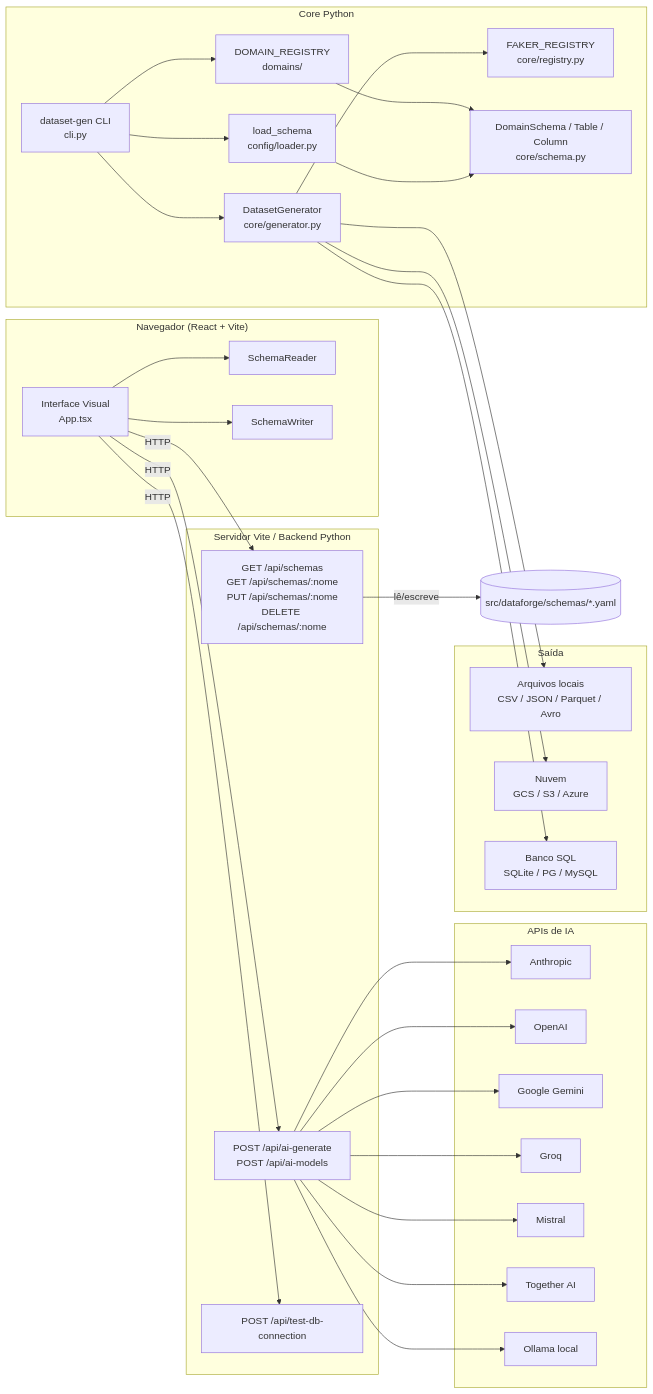
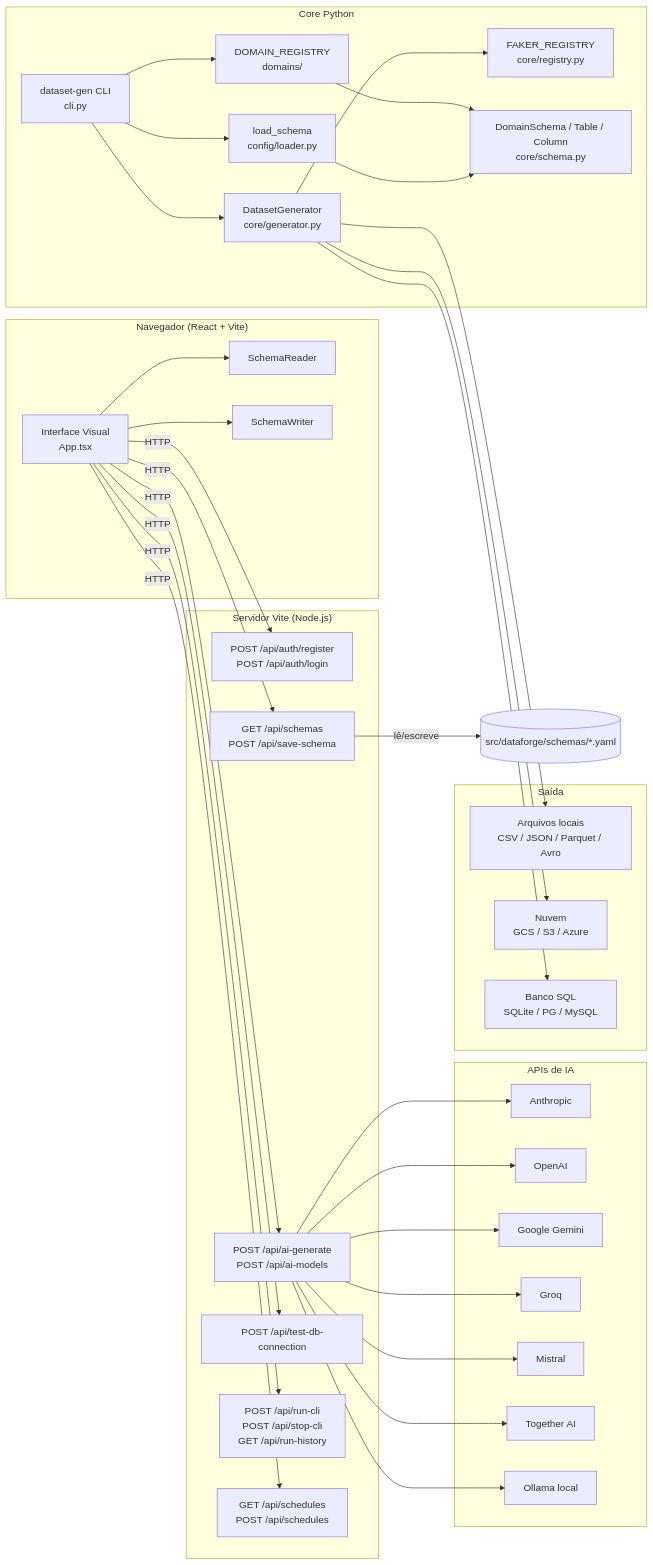
Before and after one commit to ckoliveiraa/DataForge: the first of 2 diagrams in docs/avancado/arquitetura.md, drawn with Mermaid. The commit also changed other lines of this file and 4 other files, not shown here.

````diff
--- a/docs/avancado/arquitetura.md
+++ b/docs/avancado/arquitetura.md
@@ -7,62 +7,68 @@
 ```mermaid
 flowchart LR
     subgraph Browser["Navegador (React + Vite)"]
         UI[Interface Visual\nApp.tsx]
         SR[SchemaReader]
         SW[SchemaWriter]
         UI --> SR
         UI --> SW
     end
 
-    subgraph Server["Servidor Vite / Backend Python"]
-        API_SCHEMAS[GET /api/schemas\nGET /api/schemas/:nome\nPUT /api/schemas/:nome\nDELETE /api/schemas/:nome]
+    subgraph Server["Servidor Vite (Node.js)"]
+        API_AUTH[POST /api/auth/register\nPOST /api/auth/login]
+        API_SCHEMAS[GET /api/schemas\nPOST /api/save-schema]
         API_AI[POST /api/ai-generate\nPOST /api/ai-models]
         API_DB[POST /api/test-db-connection]
+        API_CLI[POST /api/run-cli\nPOST /api/stop-cli\nGET /api/run-history]
+        API_SCHED[GET /api/schedules\nPOST /api/schedules]
     end
 
     subgraph Core["Core Python"]
         CLI[dataset-gen CLI\ncli.py]
         GEN[DatasetGenerator\ncore/generator.py]
         REG[FAKER_REGISTRY\ncore/registry.py]
         SCHEMA[DomainSchema / Table / Column\ncore/schema.py]
         LOADER[load_schema\nconfig/loader.py]
         DOMAINS[DOMAIN_REGISTRY\ndomains/]
     end
 
     subgraph Output["Saída"]
         FILES[Arquivos locais\nCSV / JSON / Parquet / Avro]
         CLOUD[Nuvem\nGCS / S3 / Azure]
         SQL_DB[Banco SQL\nSQLite / PG / MySQL]
     end
 
     subgraph ExternalAI["APIs de IA"]
         ANTHROPIC[Anthropic]
         OPENAI[OpenAI]
         GOOGLE[Google Gemini]
         GROQ[Groq]
         MISTRAL[Mistral]
         TOGETHER[Together AI]
         OLLAMA[Ollama local]
     end
 
+    UI -- HTTP --> API_AUTH
     UI -- HTTP --> API_SCHEMAS
     UI -- HTTP --> API_AI
     UI -- HTTP --> API_DB
+    UI -- HTTP --> API_CLI
+    UI -- HTTP --> API_SCHED
     API_AI --> ANTHROPIC
     API_AI --> OPENAI
     API_AI --> GOOGLE
     API_AI --> GROQ
     API_AI --> MISTRAL
     API_AI --> TOGETHER
     API_AI --> OLLAMA
     API_SCHEMAS -- lê/escreve --> SCHEMA_FILES[(src/dataforge/schemas/*.yaml)]
     CLI --> LOADER
     CLI --> DOMAINS
     LOADER --> SCHEMA
     DOMAINS --> SCHEMA
     CLI --> GEN
     GEN --> REG
     GEN --> FILES
     GEN --> CLOUD
     GEN --> SQL_DB
 ```
````
